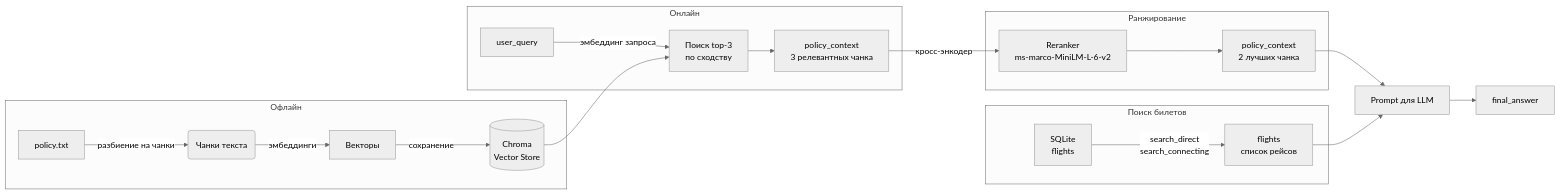
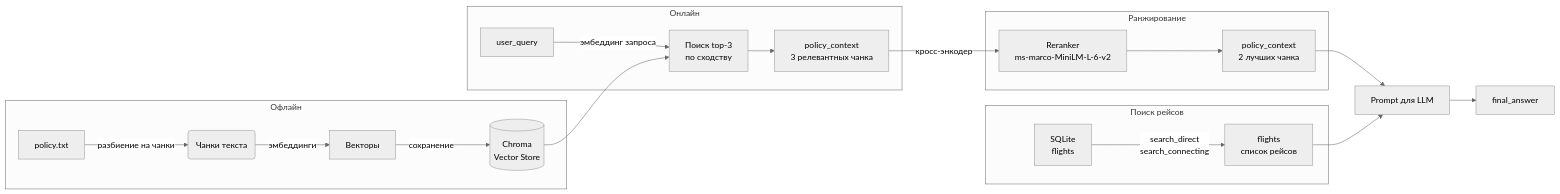
Before and after one commit to BinarySimple17/AI-architect-01: the second of 2 diagrams in 03/readme.md, drawn with Mermaid (neutral theme). The commit also changed other lines of this file and 1 other file, not shown here.

````diff
--- a/03/readme.md
+++ b/03/readme.md
@@ -92,27 +92,27 @@
 ```mermaid
 graph LR
     subgraph Индексация политики [Офлайн]
         A1[policy.txt] -->|разбиение на чанки| A2(Чанки текста)
         A2 -->|эмбеддинги| A3[Векторы]
         A3 -->|сохранение| A4[(Chroma<br/>Vector Store)]
     end
 
     subgraph Обработка запроса [Онлайн]
         B1[user_query] -->|эмбеддинг запроса| B2[Поиск top-3<br/>по сходству]
         A4 --> B2
         B2 --> B3[policy_context<br/>3 релевантных чанка]
     end
 
     subgraph Ранжирование
         B3 -->|кросс-энкодер| R1[Reranker<br/>ms-marco-MiniLM-L-6-v2]
         R1 --> B4[policy_context<br/>2 лучших чанка]
     end
 
-    subgraph Поиск билетов
+    subgraph Поиск рейсов
         C1[SQLite<br/>flights] -->|search_direct<br/>search_connecting| C2[flights<br/>список рейсов]
     end
 
     B4 --> D[Prompt для LLM]
     C2 --> D
     D --> E[final_answer]
 ```
````
